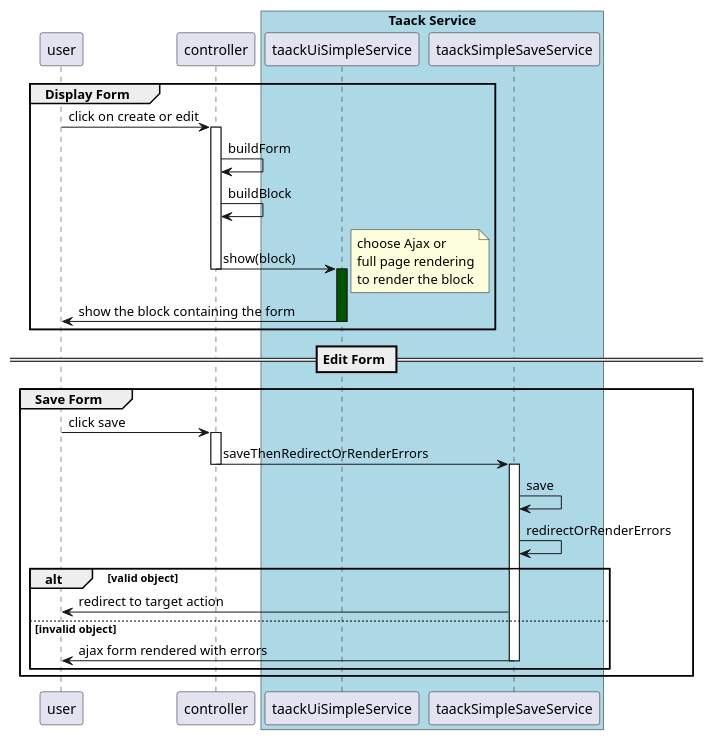
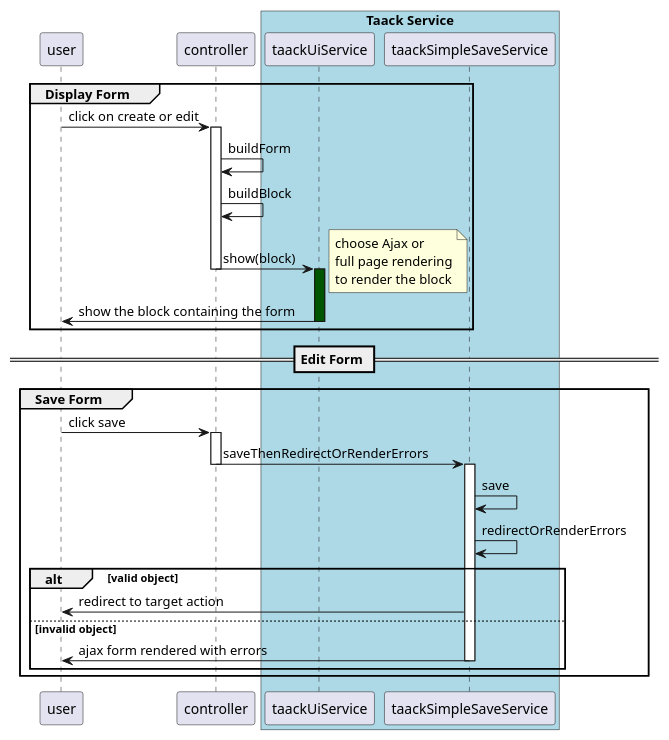
The first of 3 diagrams in asciidoc/doc/UserGuide/UseCases.adoc (Taack/taack-website-content), drawn with PlantUML before and after one commit. The commit also changed other lines of this file and 7 other files, not shown here.

```diff
--- a/asciidoc/doc/UserGuide/UseCases.adoc
+++ b/asciidoc/doc/UserGuide/UseCases.adoc
@@ -14,44 +14,44 @@
 [plantuml,format="svg",opts={optsi}]
 ----
 @startuml
 group Display Form
     user -> controller : click on create or edit
     activate controller
     controller -> controller : buildForm
     controller -> controller : buildBlock
-    controller -> taackUiSimpleService : show(block)
+    controller -> taackUiService : show(block)
     deactivate controller
-    activate taackUiSimpleService #005500
+    activate taackUiService #005500
     note right
         choose Ajax or
         full page rendering
         to render the block
     end note
-    taackUiSimpleService -> user : show the block containing the form
-    deactivate taackUiSimpleService
+    taackUiService -> user : show the block containing the form
+    deactivate taackUiService
 end
 
 box "Taack Service" #LightBlue
-    participant taackUiSimpleService
+    participant taackUiService
     participant taackSimpleSaveService
 end box
 
 == Edit Form ==
 
 group Save Form
     user -> controller : click save
     activate controller
     controller -> taackSimpleSaveService : saveThenRedirectOrRenderErrors
     deactivate controller
     activate taackSimpleSaveService
     taackSimpleSaveService -> taackSimpleSaveService : save
     taackSimpleSaveService -> taackSimpleSaveService : redirectOrRenderErrors
     alt valid object
         taackSimpleSaveService -> user : redirect to target action
     else invalid object
         taackSimpleSaveService -> user : ajax form rendered with errors
         deactivate taackSimpleSaveService
     end
 end
 @enduml
 ----
```
